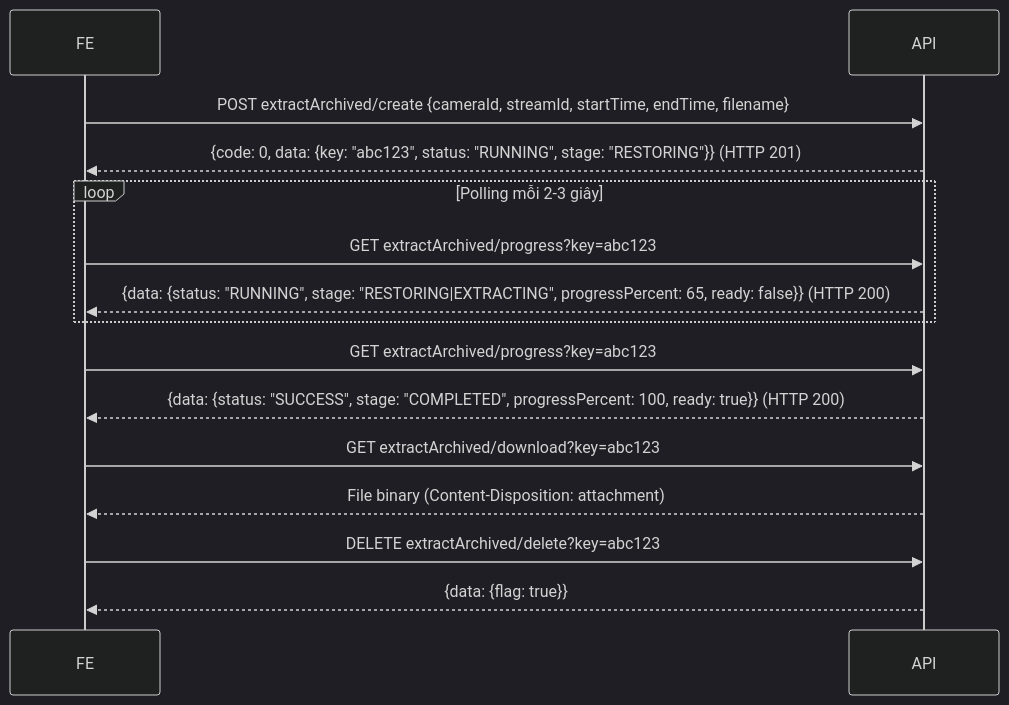
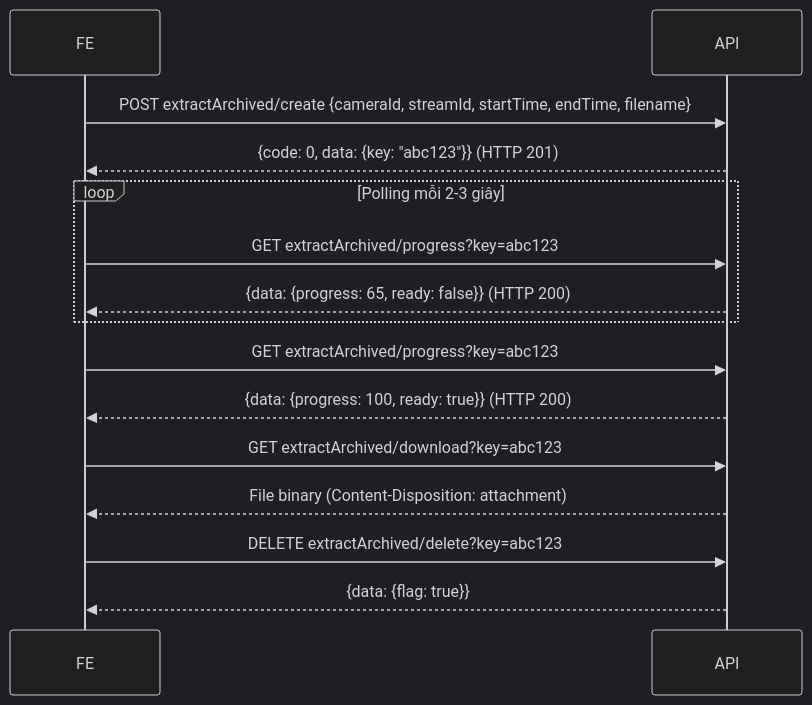
Before and after one commit to lightingbro46/S3MediaKit: the diagram in docs/api-timeline-thumbnail.md, drawn with Mermaid (dark theme). The commit also changed other lines of this file and 2 other files, not shown here.

````diff
--- a/docs/api-timeline-thumbnail.md
+++ b/docs/api-timeline-thumbnail.md
@@ -230,22 +240,22 @@
 ```mermaid
 sequenceDiagram
     participant FE
     participant API
 
     FE->>API: POST extractArchived/create {cameraId, streamId, startTime, endTime, filename}
-    API-->>FE: {code: 0, data: {key: "abc123", status: "RUNNING", stage: "RESTORING"}} (HTTP 201)
+    API-->>FE: {code: 0, data: {key: "abc123"}} (HTTP 201)
 
     loop Polling mỗi 2-3 giây
         FE->>API: GET extractArchived/progress?key=abc123
-        API-->>FE: {data: {status: "RUNNING", stage: "RESTORING|EXTRACTING", progressPercent: 65, ready: false}} (HTTP 200)
+        API-->>FE: {data: {progress: 65, ready: false}} (HTTP 200)
     end
 
     FE->>API: GET extractArchived/progress?key=abc123
-    API-->>FE: {data: {status: "SUCCESS", stage: "COMPLETED", progressPercent: 100, ready: true}} (HTTP 200)
+    API-->>FE: {data: {progress: 100, ready: true}} (HTTP 200)
 
     FE->>API: GET extractArchived/download?key=abc123
     API-->>FE: File binary (Content-Disposition: attachment)
 
     FE->>API: DELETE extractArchived/delete?key=abc123
     API-->>FE: {data: {flag: true}}
 ```
````
